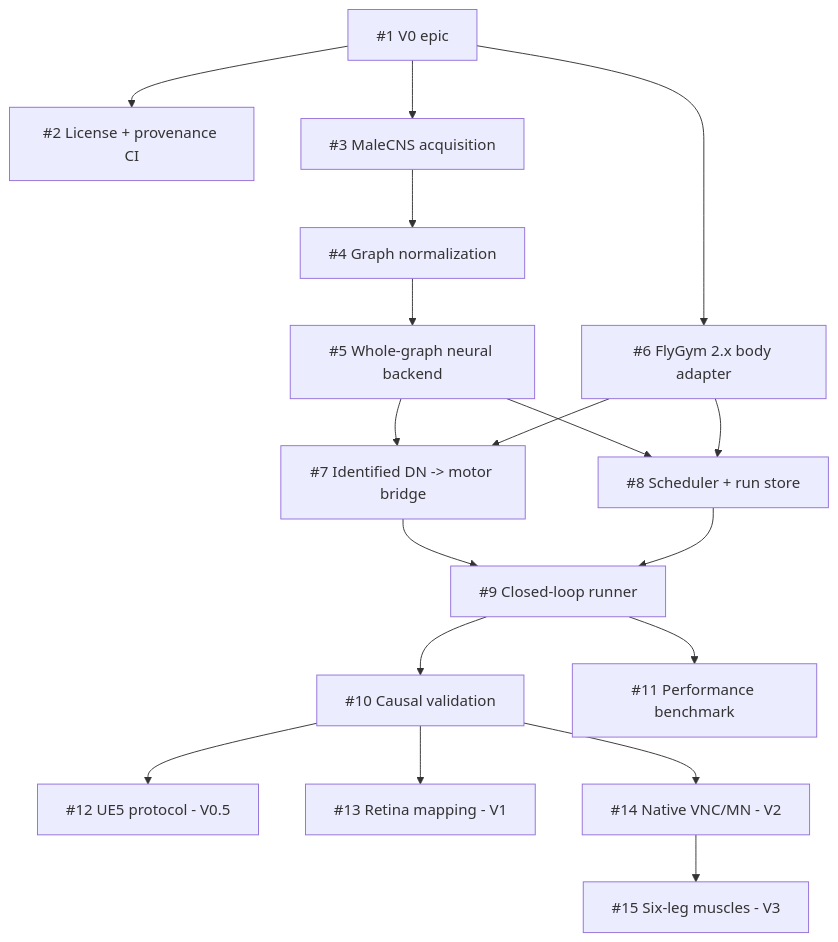
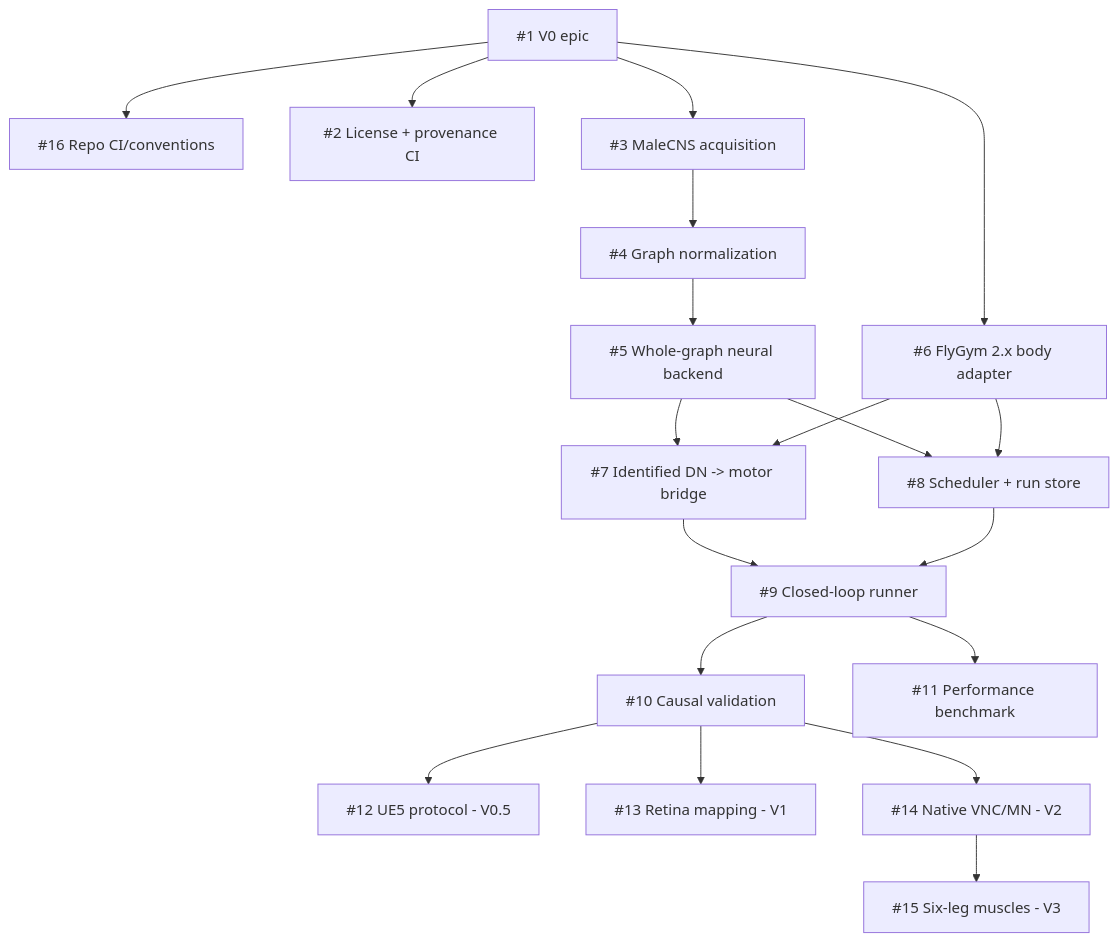
One commit to JayceeB1/flybox changed the diagram in docs/BACKLOG.md. Above: the diagram before and after it, drawn with Mermaid. The commit also changed other lines of this file, not shown here.

````diff
--- a/docs/BACKLOG.md
+++ b/docs/BACKLOG.md
@@ -25,36 +26,38 @@
 ```mermaid
 flowchart TD
     E["#1 V0 epic"]
+    Q["#16 Repo CI/conventions"]
     L["#2 License + provenance CI"]
     D["#3 MaleCNS acquisition"]
     G["#4 Graph normalization"]
     N["#5 Whole-graph neural backend"]
     B["#6 FlyGym 2.x body adapter"]
     M["#7 Identified DN -> motor bridge"]
     S["#8 Scheduler + run store"]
     C["#9 Closed-loop runner"]
     V["#10 Causal validation"]
     P["#11 Performance benchmark"]
     U["#12 UE5 protocol - V0.5"]
     R["#13 Retina mapping - V1"]
     X["#14 Native VNC/MN - V2"]
     Y["#15 Six-leg muscles - V3"]
 
+    E --> Q
     E --> L
     E --> D
     D --> G
     G --> N
     E --> B
     N --> M
     B --> M
     N --> S
     B --> S
     M --> C
     S --> C
     C --> V
     C --> P
     V --> U
     V --> R
     V --> X
     X --> Y
 ```
````
